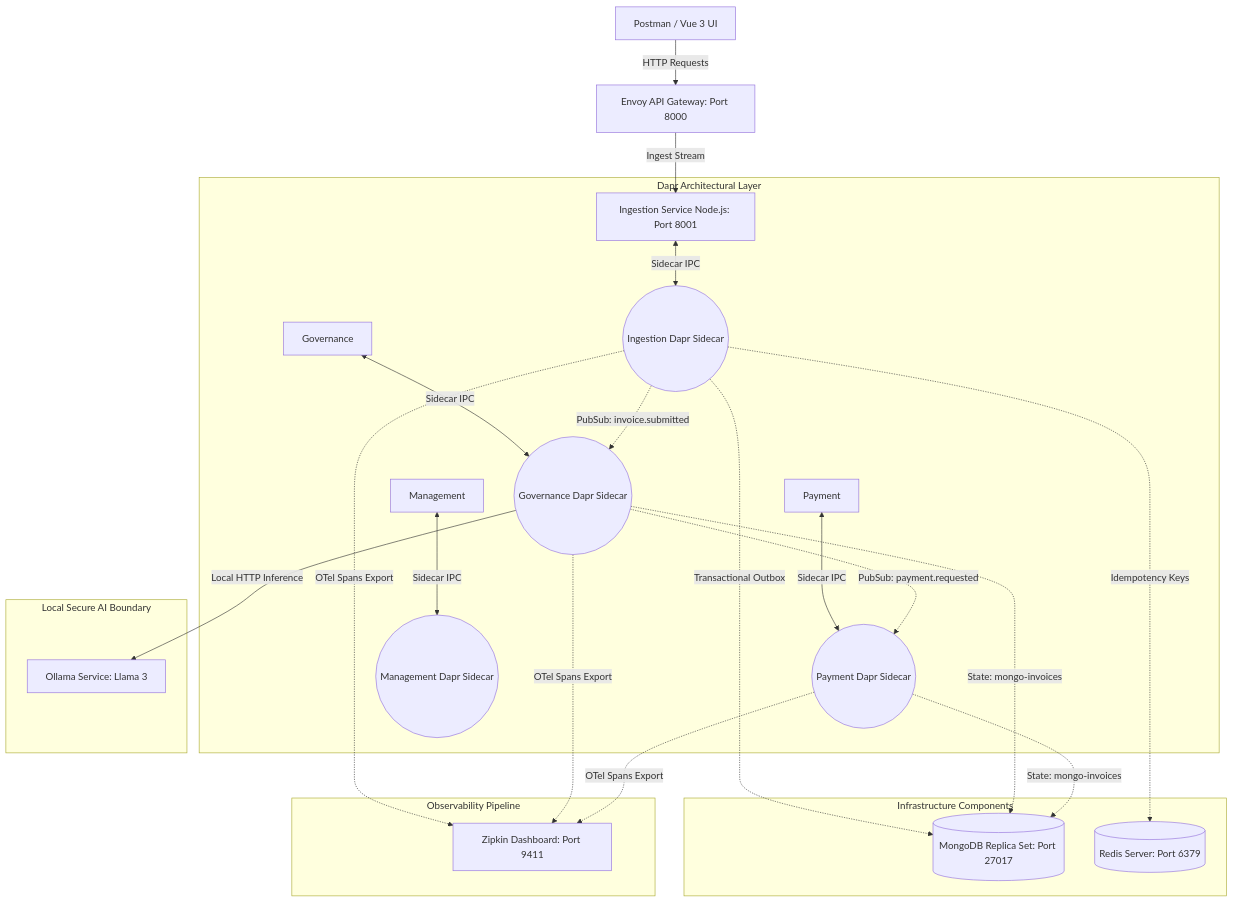
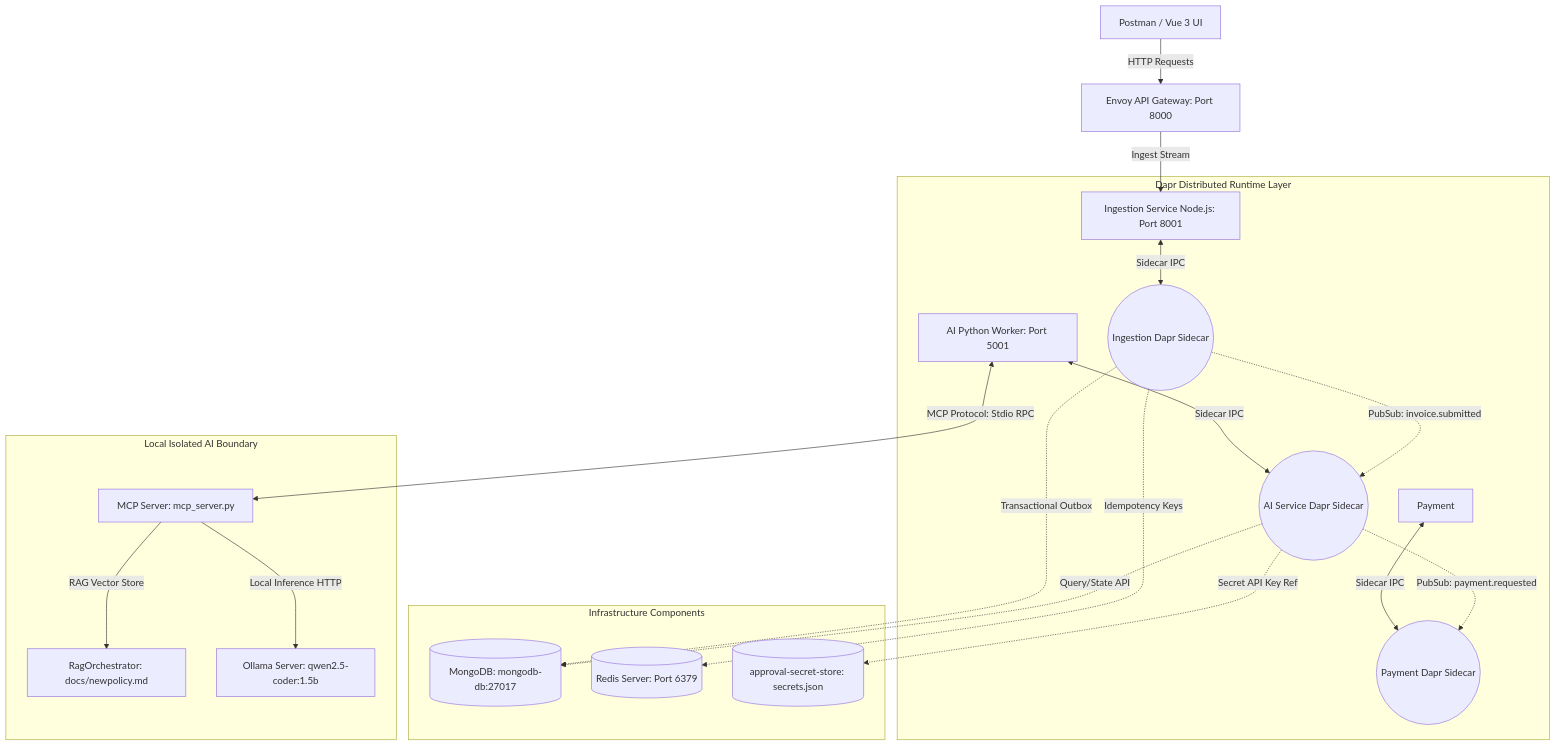
Before and after one commit to roman-shneer/InvoiceApprovalFlow: the first of 4 diagrams in docs/ARCHITECTURE.md, drawn with Mermaid. The commit also changed other lines of this file and 16 other files, not shown here.

First line of the commit message:
feat(ai-service): migrate to qwen2.5-coder, integrate dapr state query and fix mcp runtime pipeline

````diff
--- a/docs/ARCHITECTURE.md
+++ b/docs/ARCHITECTURE.md
@@ -22,31 +22,26 @@
 ```mermaid
 graph TD
     Client[Postman / Vue 3 UI] -->|HTTP Requests| Envoy[Envoy API Gateway: Port 8000]
     Envoy -->|Ingest Stream| Ingestion[Ingestion Service Node.js: Port 8001]
     
-    subgraph Dapr Architectural Layer
+    subgraph Dapr Distributed Runtime Layer
         Ingestion <-->|Sidecar IPC| Dapr1((Ingestion Dapr Sidecar))
-        Governance <-->|Sidecar IPC| Dapr2((Governance Dapr Sidecar))
+        AIService[AI Python Worker: Port 5001] <-->|Sidecar IPC| Dapr2((AI Service Dapr Sidecar))
         Payment <-->|Sidecar IPC| Dapr3((Payment Dapr Sidecar))
-        Management <-->|Sidecar IPC| Dapr4((Management Dapr Sidecar))
     end
 
     subgraph Infrastructure Components
-        Dapr1 -.->|Transactional Outbox| DB[(MongoDB Replica Set: Port 27017)]
+        Dapr1 -.->|Transactional Outbox| DB[(MongoDB: mongodb-db:27017)]
         Dapr1 -.->|Idempotency Keys| Redis[(Redis Server: Port 6379)]
         Dapr1 -.->|PubSub: invoice.submitted| Dapr2
         Dapr2 -.->|PubSub: payment.requested| Dapr3
-        Dapr2 -.->|State: mongo-invoices| DB
-        Dapr3 -.->|State: mongo-invoices| DB
+        Dapr2 -.->|Query/State API| DB
+        Dapr2 -.->|Secret API Key Ref| SecretStore[(approval-secret-store: secrets.json)]
     end
 
-    subgraph Local Secure AI Boundary
-        Dapr2 -->|Local HTTP Inference| Ollama[Ollama Service: Llama 3]
-    end
-
-    subgraph Observability Pipeline
-        Dapr1 -.->|OTel Spans Export| Zipkin[Zipkin Dashboard: Port 9411]
-        Dapr2 -.->|OTel Spans Export| Zipkin
-        Dapr3 -.->|OTel Spans Export| Zipkin
+    subgraph Local Isolated AI Boundary
+        AIService <-->|MCP Protocol: Stdio RPC| MCPServer[MCP Server: mcp_server.py]
+        MCPServer -->|RAG Vector Store| Rag[RagOrchestrator: docs/newpolicy.md]
+        MCPServer -->|Local Inference HTTP| Ollama[Ollama Server: qwen2.5-coder:1.5b]
     end
 ```
````
